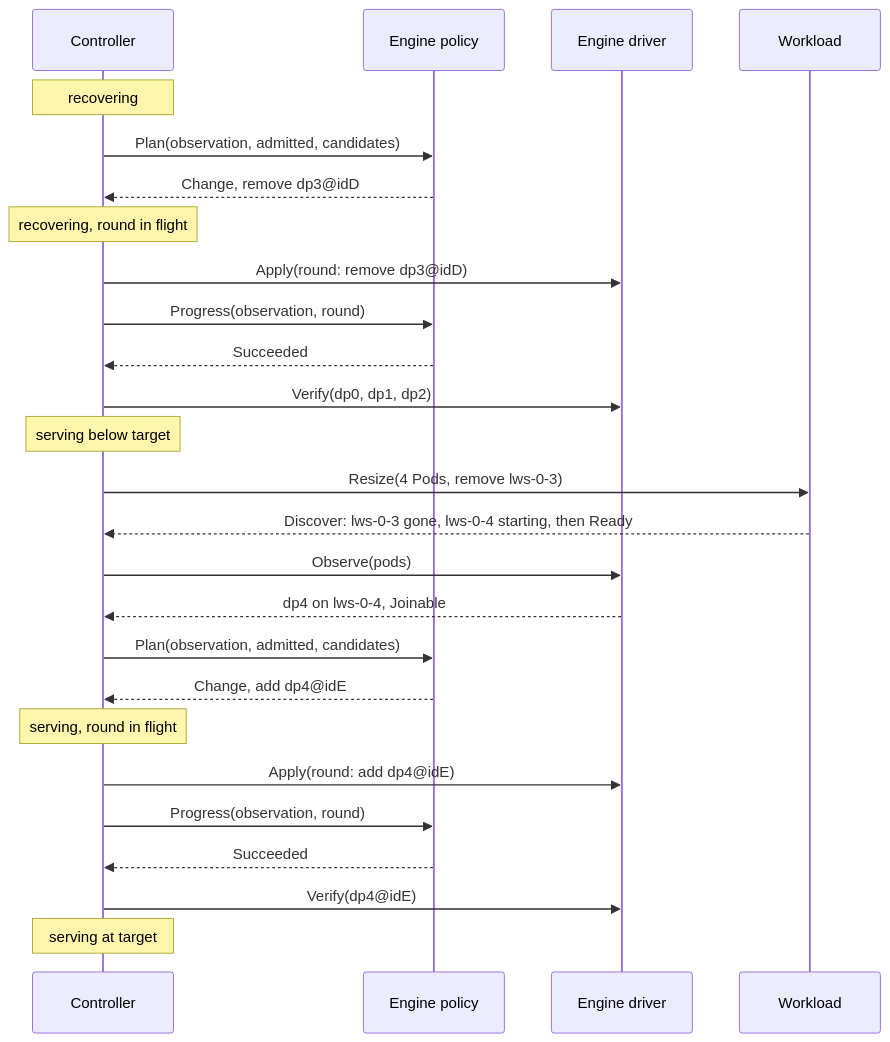
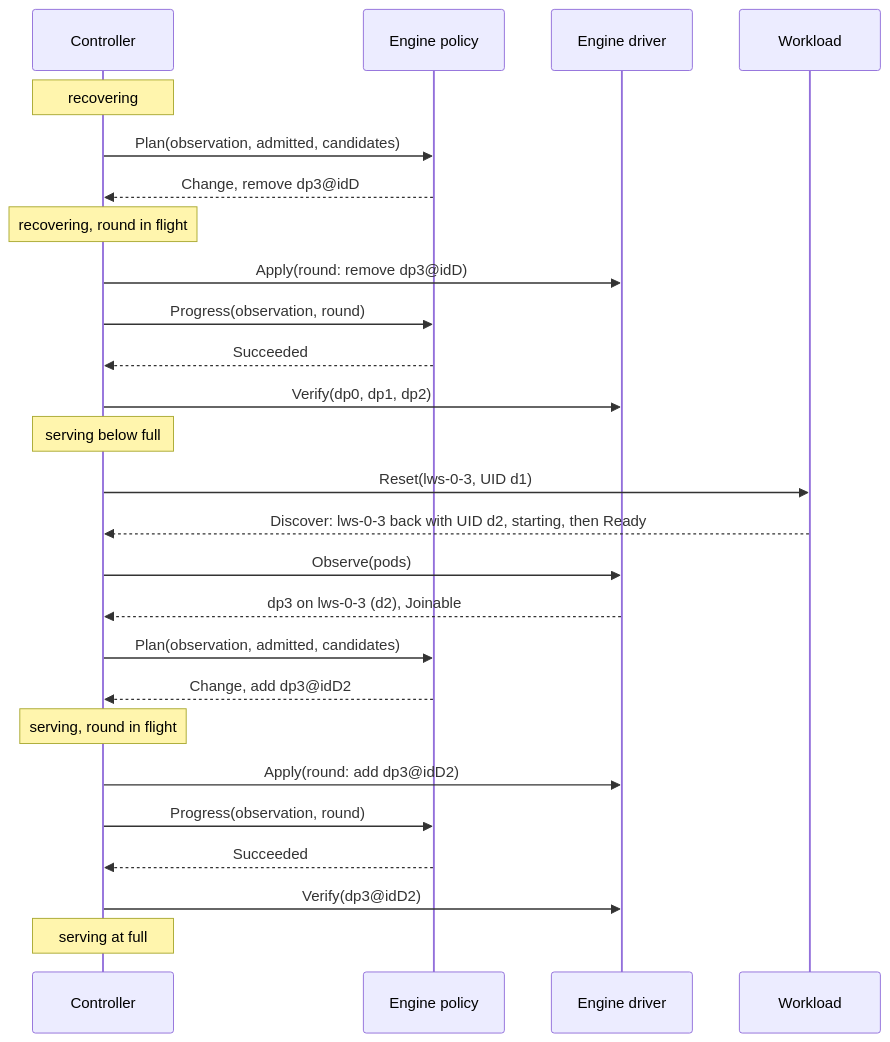
Before and after one commit to Etelis/llm-d-resiliency-operator: the third of 3 diagrams in docs/design/contracts/README.md, drawn with Mermaid. The commit also changed other lines of this file and 7 other files, not shown here.

First line of the commit message:
Bring capacity back by resetting, not by adding Pods

````diff
--- a/docs/design/contracts/README.md
+++ b/docs/design/contracts/README.md
@@ -133,28 +132,28 @@
 ```mermaid
 sequenceDiagram
   participant C as Controller
   participant P as Engine policy
   participant D as Engine driver
   participant W as Workload
   Note over C: recovering
   C->>P: Plan(observation, admitted, candidates)
   P-->>C: Change, remove dp3@idD
   Note over C: recovering, round in flight
   C->>D: Apply(round: remove dp3@idD)
   C->>P: Progress(observation, round)
   P-->>C: Succeeded
   C->>D: Verify(dp0, dp1, dp2)
-  Note over C: serving below target
-  C->>W: Resize(4 Pods, remove lws-0-3)
-  W-->>C: Discover: lws-0-3 gone, lws-0-4 starting, then Ready
+  Note over C: serving below full
+  C->>W: Reset(lws-0-3, UID d1)
+  W-->>C: Discover: lws-0-3 back with UID d2, starting, then Ready
   C->>D: Observe(pods)
-  D-->>C: dp4 on lws-0-4, Joinable
+  D-->>C: dp3 on lws-0-3 (d2), Joinable
   C->>P: Plan(observation, admitted, candidates)
-  P-->>C: Change, add dp4@idE
+  P-->>C: Change, add dp3@idD2
   Note over C: serving, round in flight
-  C->>D: Apply(round: add dp4@idE)
+  C->>D: Apply(round: add dp3@idD2)
   C->>P: Progress(observation, round)
   P-->>C: Succeeded
-  C->>D: Verify(dp4@idE)
-  Note over C: serving at target
+  C->>D: Verify(dp3@idD2)
+  Note over C: serving at full
 ```
````
